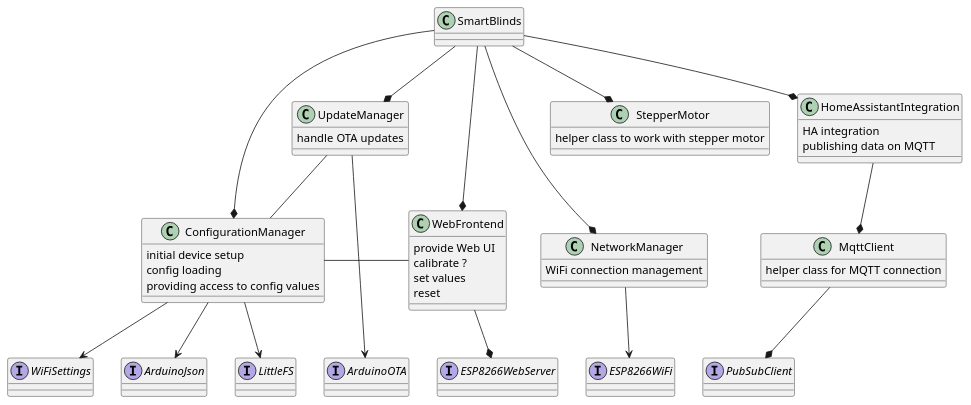
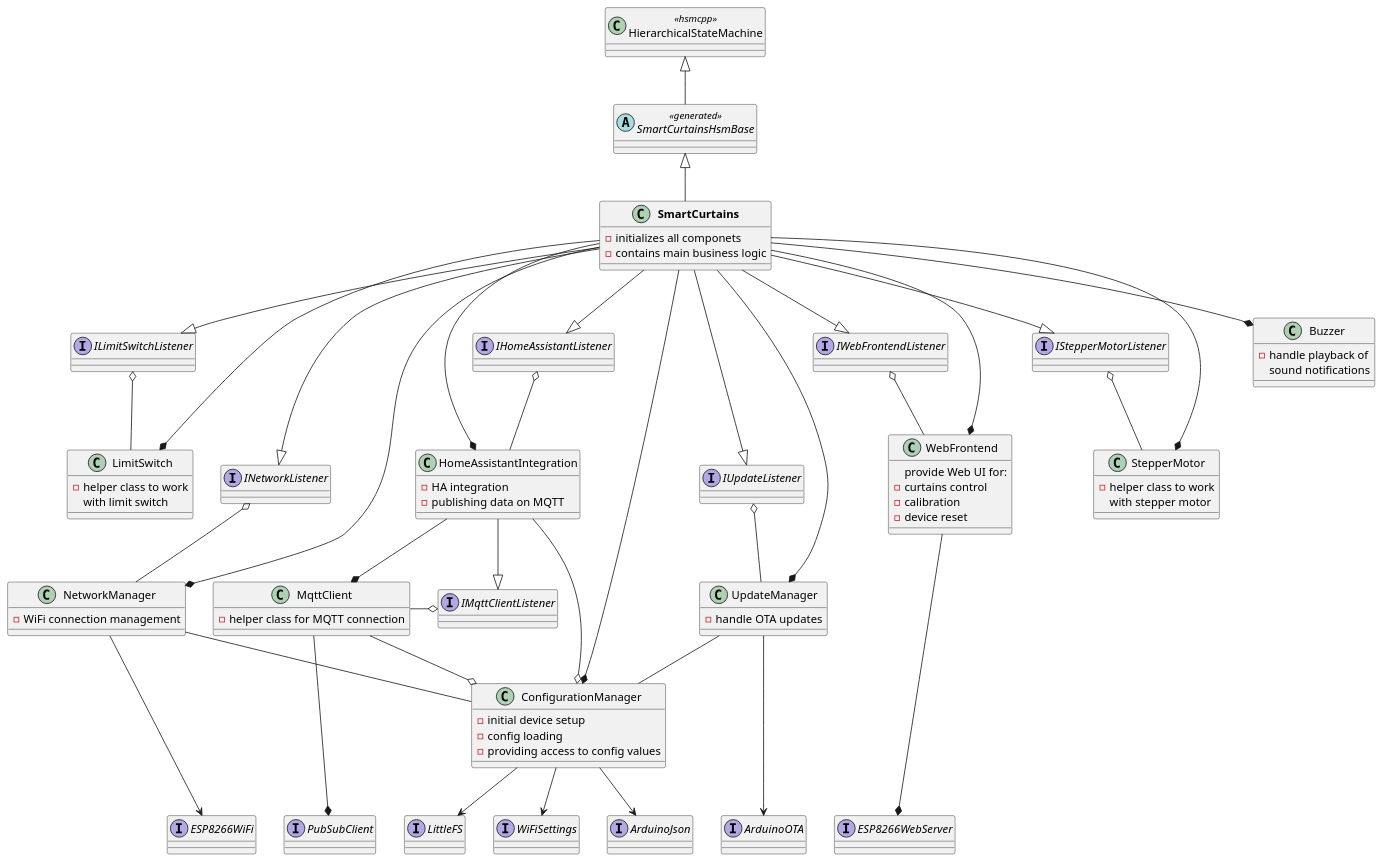
The diagram in doc/classes.pu (igor-krechetov/smart_blinds), drawn with PlantUML before and after one commit. The commit also changed 66 other files, not shown here.

```diff
--- a/doc/classes.pu
+++ b/doc/classes.pu
@@ -1,68 +1,121 @@
-@startuml SmartBlindsHLD
+@startuml smart_curtains_hld
 ' left to right direction
 
 together {
     interface ArduinoOTA
     interface ArduinoJson
     interface WiFiSettings
     interface ESP8266WiFi
     interface PubSubClient
     interface ESP8266WebServer
     interface LittleFS
 }
 
-class SmartBlinds
+class HierarchicalStateMachine <<hsmcpp>>
+
+abstract SmartCurtainsHsmBase <<generated>>
+
+class "**SmartCurtains**" as SmartCurtains {
+    - initializes all componets
+    - contains main business logic
+}
 
 class NetworkManager {
-    WiFi connection management
+    - WiFi connection management
 }
 
 class WebFrontend {
-    provide Web UI
-    calibrate ?
-    set values
-    reset
+    provide Web UI for:
+    - curtains control
+    - calibration
+    - device reset
 }
 class ConfigurationManager {
-    initial device setup
-    config loading
-    providing access to config values
+    - initial device setup
+    - config loading
+    - providing access to config values
 }
 class HomeAssistantIntegration {
-    HA integration
-    publishing data on MQTT
+    - HA integration
+    - publishing data on MQTT
 }
 class MqttClient {
-    helper class for MQTT connection
+    - helper class for MQTT connection
 }
 class StepperMotor {
-    helper class to work with stepper motor
+    - helper class to work
+    with stepper motor
 }
 class UpdateManager {
-    handle OTA updates
+    - handle OTA updates
+}
+class Buzzer {
+    - handle playback of
+    sound notifications
 }
 
-SmartBlinds -down-* NetworkManager
-SmartBlinds -down-* WebFrontend
-SmartBlinds -down-* ConfigurationManager
-SmartBlinds -down-* HomeAssistantIntegration
-SmartBlinds -down-* StepperMotor
-SmartBlinds -down-* UpdateManager
+class LimitSwitch {
+    - helper class to work
+    with limit switch
+}
+
+interface IMqttClientListener
+interface INetworkListener
+interface IStepperMotorListener
+interface IUpdateListener
+interface IWebFrontendListener
+interface IHomeAssistantListener
+interface ILimitSwitchListener
+
+SmartCurtainsHsmBase -up-|> HierarchicalStateMachine
+
+SmartCurtains -down-* Buzzer
+SmartCurtains -down-* NetworkManager
+SmartCurtains -down-* WebFrontend
+SmartCurtains -down-* ConfigurationManager
+SmartCurtains -down-* HomeAssistantIntegration
+SmartCurtains -down-* StepperMotor
+SmartCurtains -down-* UpdateManager
+SmartCurtains -down-* LimitSwitch
+
+NetworkManager -up-o INetworkListener
+StepperMotor -up-o IStepperMotorListener
+UpdateManager -up-o IUpdateListener
+WebFrontend -up-o IWebFrontendListener
+HomeAssistantIntegration -up-o IHomeAssistantListener
+LimitSwitch -up-o ILimitSwitchListener
+
+MqttClient -right-o IMqttClientListener
+
+SmartCurtains -up-|> SmartCurtainsHsmBase
+SmartCurtains -down-|> INetworkListener
+SmartCurtains -down-|> IHomeAssistantListener
+SmartCurtains -down-|> IWebFrontendListener
+SmartCurtains -down-|> IStepperMotorListener
+SmartCurtains -down-|> ILimitSwitchListener
+SmartCurtains -down-|> IUpdateListener
+
 
 NetworkManager -down-> ESP8266WiFi
 
 WebFrontend -down-* ESP8266WebServer
-WebFrontend -left- ConfigurationManager
 
 ConfigurationManager -down-> ArduinoJson
 ConfigurationManager -down-> LittleFS
 ConfigurationManager -down-> WiFiSettings
-' LittleFS -down-> SmartBlinds
+' LittleFS -down-> SmartCurtains
 
 UpdateManager -down-> ArduinoOTA
-UpdateManager -- ConfigurationManager
+' UpdateManager -- ConfigurationManager
 
+HomeAssistantIntegration --|> IMqttClientListener
 HomeAssistantIntegration -down-* MqttClient
 MqttClient -down-* PubSubClient
 
+
+HomeAssistantIntegration --o ConfigurationManager
+MqttClient --o ConfigurationManager
+NetworkManager -- ConfigurationManager
+UpdateManager -- ConfigurationManager
+
 @enduml
```
